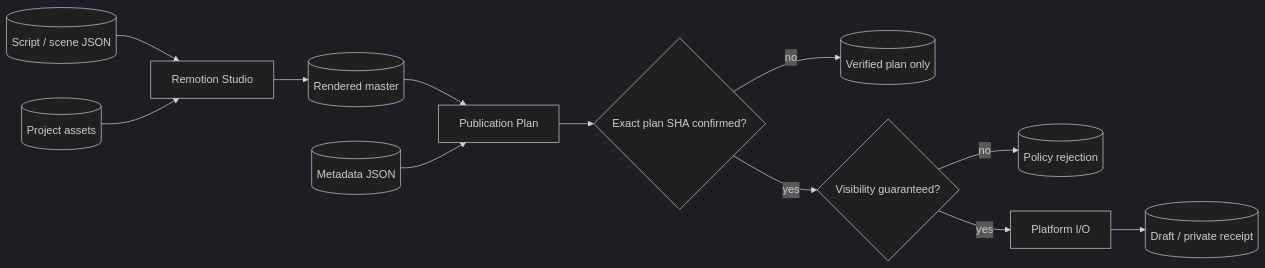
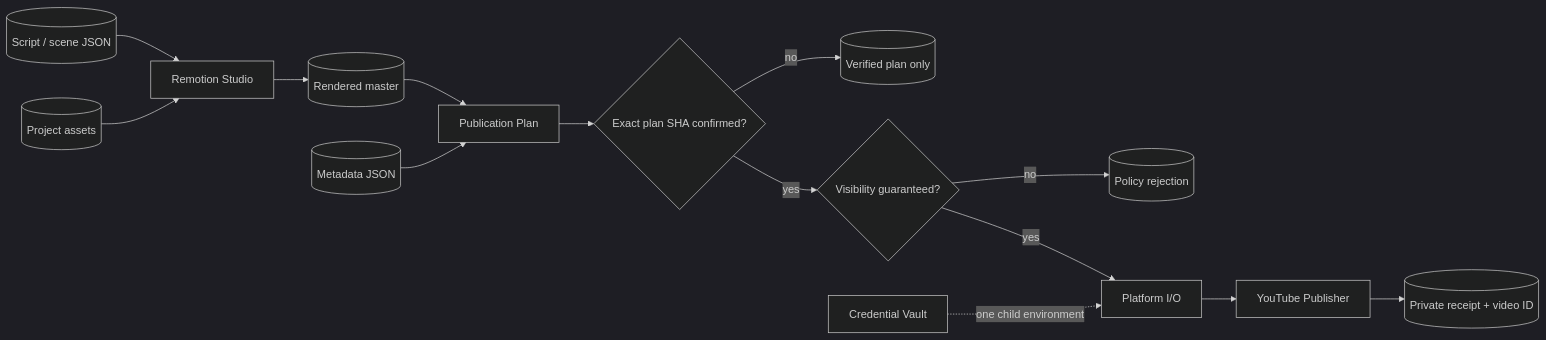
One commit to wohuishuo/cc-video-pipeline changed the fifth of 6 diagrams in docs/WORKFLOWS.md. Above: the diagram before and after it, drawn with Mermaid (dark theme). The commit also changed 39 other files, not shown here.

Commit message:
feat: add private YouTube publisher MVP

````diff
--- a/docs/WORKFLOWS.md
+++ b/docs/WORKFLOWS.md
@@ -68,14 +68,16 @@
 ```mermaid
 flowchart LR
     SCRIPT[(Script / scene JSON)] --> STUDIO[Remotion Studio]
     ASSETS[(Project assets)] --> STUDIO
     STUDIO --> RENDER[(Rendered master)]
     RENDER --> PLAN[Publication Plan]
     META[(Metadata JSON)] --> PLAN
     PLAN --> HASH{Exact plan SHA confirmed?}
     HASH -- no --> PREPARED[(Verified plan only)]
     HASH -- yes --> POLICY{Visibility guaranteed?}
     POLICY -- no --> BLOCKED[(Policy rejection)]
     POLICY -- yes --> UPLOAD[Platform I/O]
-    UPLOAD --> PRIVATE[(Draft / private receipt)]
+    VAULT[Credential Vault] -. "one child environment" .-> UPLOAD
+    UPLOAD --> YOUTUBE[YouTube Publisher]
+    YOUTUBE --> PRIVATE[(Private receipt + video ID)]
 ```
````
